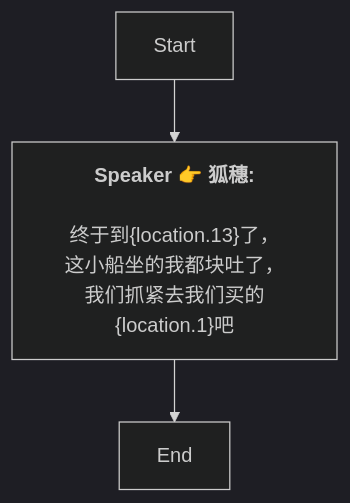
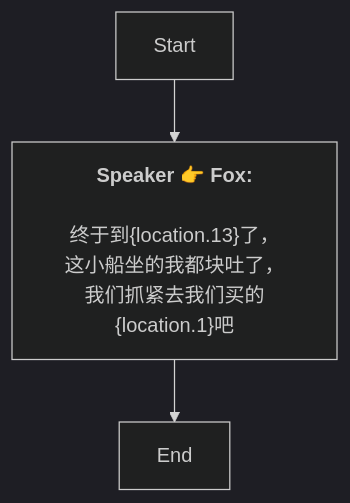
One commit to SoftHu/tos_avg changed the diagram in Zh/AddDialogNode_1738526791038059.md. Above: the diagram before and after it, drawn with Mermaid (dark theme). The commit also changed 737 other files, not shown here.

````diff
--- a/Zh/AddDialogNode_1738526791038059.md
+++ b/Zh/AddDialogNode_1738526791038059.md
@@ -1,10 +1,9 @@
 ```mermaid
 graph
-Start -->1738526828918894[<b>Speaker 👉 狐穗:</b>
-
-终于到&lbrace;location.13&rbrace;了，
+Start -->1738526828918894[<b>Speaker 👉 Fox:</b>
+\n终于到&lbrace;location.13&rbrace;了，
 这小船坐的我都块吐了，
 我们抓紧去我们买的&lbrace;location.1&rbrace;吧]
 1738526828918894 -->1738526898865263[End]
 
- ```
+```
````
